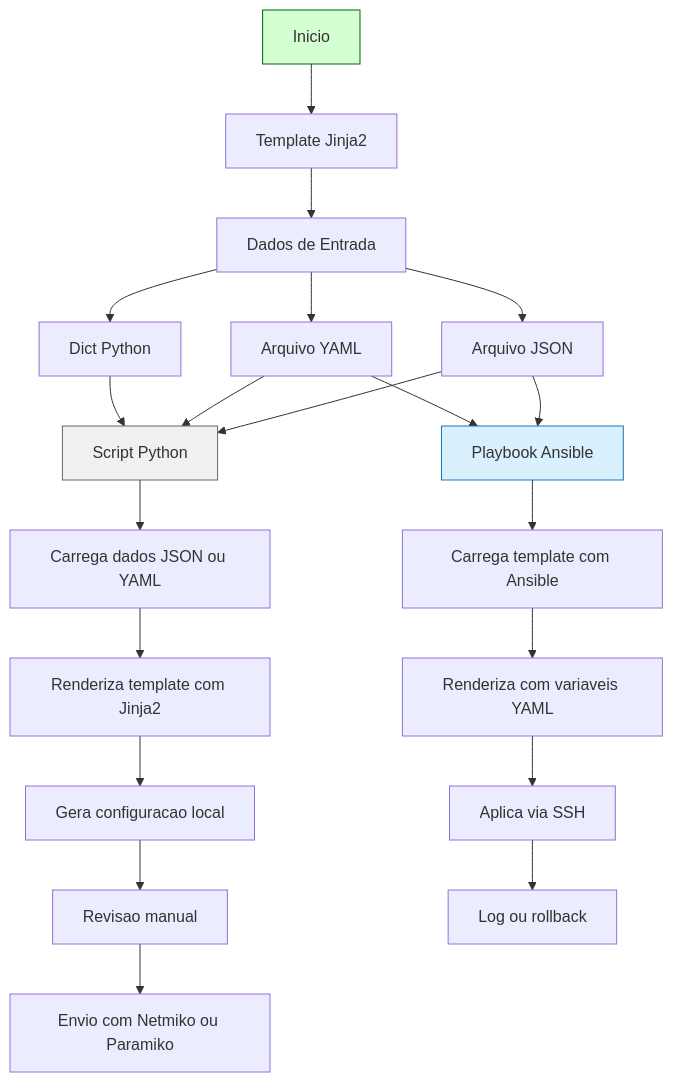
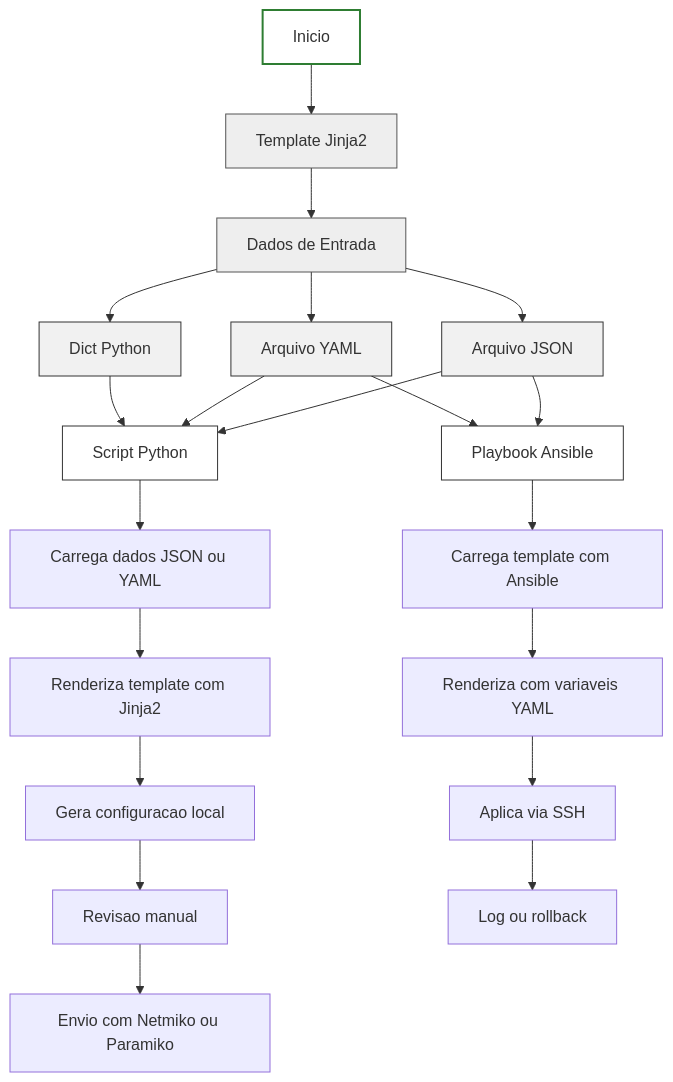
The diagram in CCNP 350-401 ENCOR/06 - Automation/15- Python - Basico 10 - Manipulacao de arquivos/Arquivos/j2/README.md (alcancil/Cisco), drawn with Mermaid before and after one commit.

Commit message:
Alterado o arquivo README.md

````diff
--- a/CCNP 350-401 ENCOR/06 - Automation/15- Python - Basico 10 - Manipulacao de arquivos/Arquivos/j2/README.md
+++ b/CCNP 350-401 ENCOR/06 - Automation/15- Python - Basico 10 - Manipulacao de arquivos/Arquivos/j2/README.md
@@ -50,30 +50,36 @@
 ```mermaid
 flowchart TB
 
     A[Inicio] --> B[Template Jinja2]
     B --> C[Dados de Entrada]
 
     C --> C1[Arquivo JSON]
     C --> C2[Arquivo YAML]
     C --> C3[Dict Python]
 
     %% Caminho com Python puro
     C1 & C2 & C3 --> D[Script Python]
     D --> E[Carrega dados JSON ou YAML]
     E --> F[Renderiza template com Jinja2]
     F --> G[Gera configuracao local]
     G --> H[Revisao manual]
     H --> I[Envio com Netmiko ou Paramiko]
 
     %% Caminho com Ansible
     C1 & C2 --> J[Playbook Ansible]
     J --> K[Carrega template com Ansible]
     K --> L[Renderiza com variaveis YAML]
     L --> M[Aplica via SSH]
     M --> N[Log ou rollback]
 
-    style A fill:#d3ffd3,stroke:#006600
-    style D fill:#f0f0f0,stroke:#666
-    style J fill:#d9f0ff,stroke:#1c75bc
+    %% Cores atualizadas
+    style A fill:#ffffff,stroke:#2e7d32,stroke-width:2px
+    style B fill:#eeeeee,stroke:#555
+    style C fill:#eeeeee,stroke:#555
+    style C1 fill:#f1f1f1,stroke:#333
+    style C2 fill:#f1f1f1,stroke:#333
+    style C3 fill:#f1f1f1,stroke:#333
+    style D fill:#ffffff,stroke:#333
+    style J fill:#ffffff,stroke:#333
 
 ```
````
